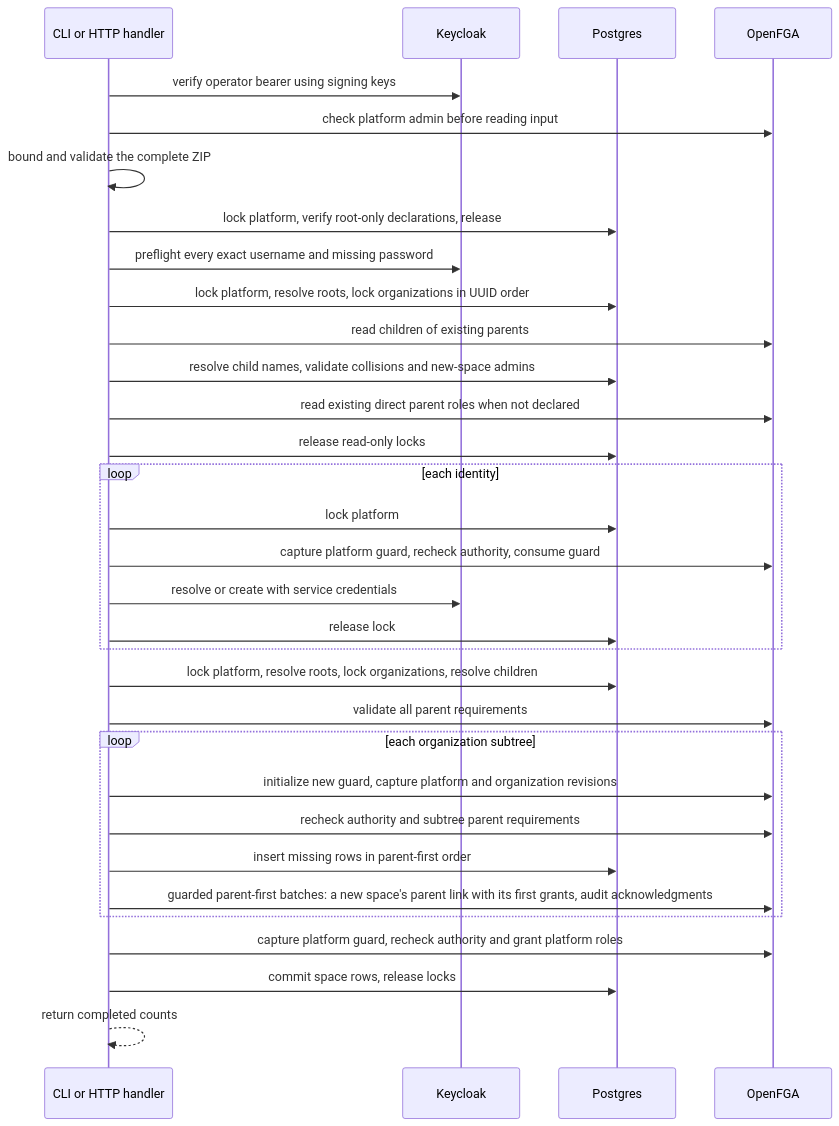
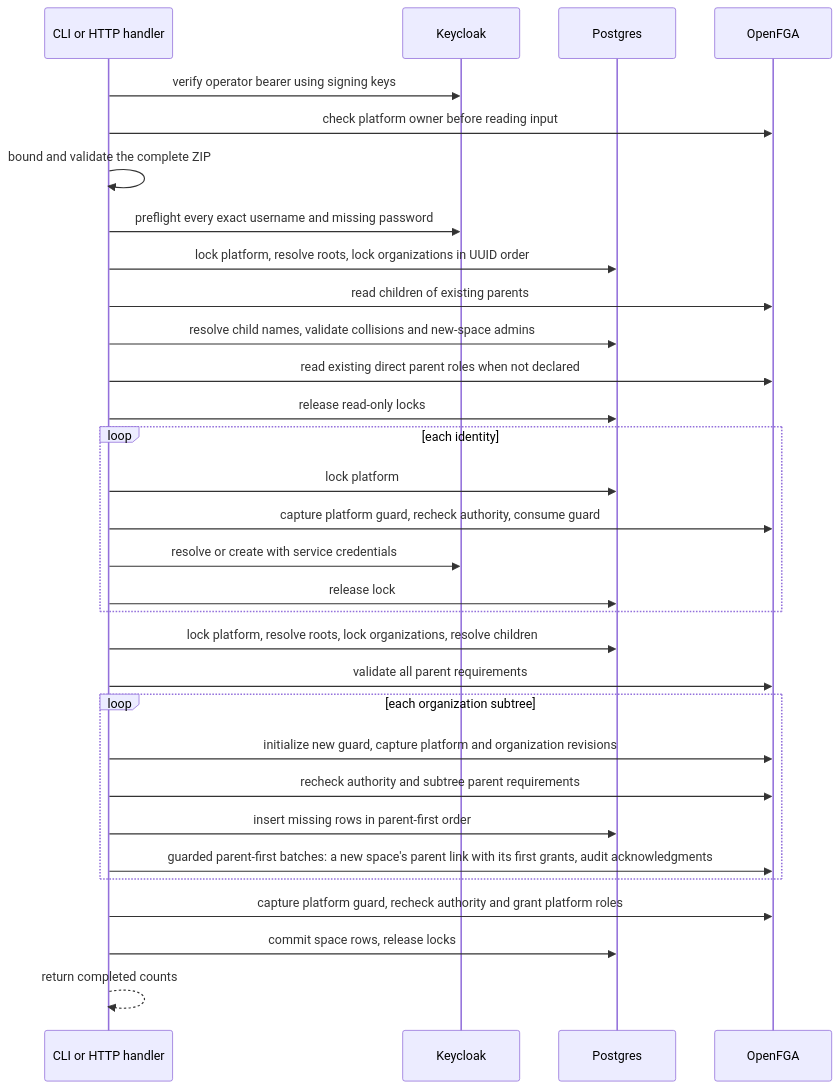
Before and after one commit to ThalesGroup/fred: the ninth of 9 diagrams in docs/architecture/A1-manager-runtime.md, drawn with Mermaid. The commit also changed other lines of this file and 36 other files, not shown here.

First line of the commit message:
feat(#3092): replace platform admin and team manager with owners

````diff
--- a/docs/architecture/A1-manager-runtime.md
+++ b/docs/architecture/A1-manager-runtime.md
@@ -348,34 +353,33 @@
 ```mermaid
 sequenceDiagram
     participant C as CLI or HTTP handler
     participant KC as Keycloak
     participant PG as Postgres
     participant FGA as OpenFGA
     C->>KC: verify operator bearer using signing keys
-    C->>FGA: check platform admin before reading input
+    C->>FGA: check platform owner before reading input
     C->>C: bound and validate the complete ZIP
-    C->>PG: lock platform, verify root-only declarations, release
     C->>KC: preflight every exact username and missing password
     C->>PG: lock platform, resolve roots, lock organizations in UUID order
     C->>FGA: read children of existing parents
     C->>PG: resolve child names, validate collisions and new-space admins
     C->>FGA: read existing direct parent roles when not declared
     C->>PG: release read-only locks
     loop each identity
         C->>PG: lock platform
         C->>FGA: capture platform guard, recheck authority, consume guard
         C->>KC: resolve or create with service credentials
         C->>PG: release lock
     end
     C->>PG: lock platform, resolve roots, lock organizations, resolve children
     C->>FGA: validate all parent requirements
     loop each organization subtree
         C->>FGA: initialize new guard, capture platform and organization revisions
         C->>FGA: recheck authority and subtree parent requirements
         C->>PG: insert missing rows in parent-first order
         C->>FGA: guarded parent-first batches: a new space's parent link with its first grants, audit acknowledgments
     end
     C->>FGA: capture platform guard, recheck authority and grant platform roles
     C->>PG: commit space rows, release locks
     C-->>C: return completed counts
 ```
````
